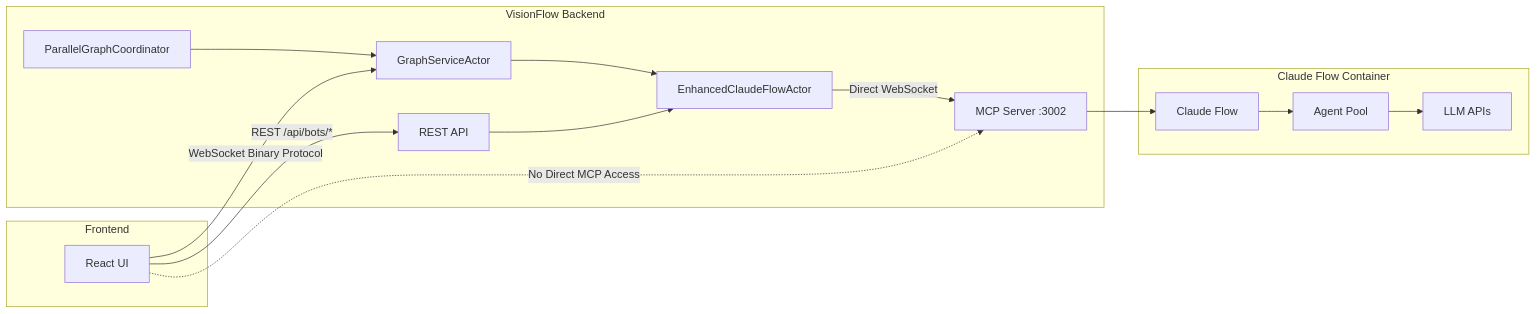
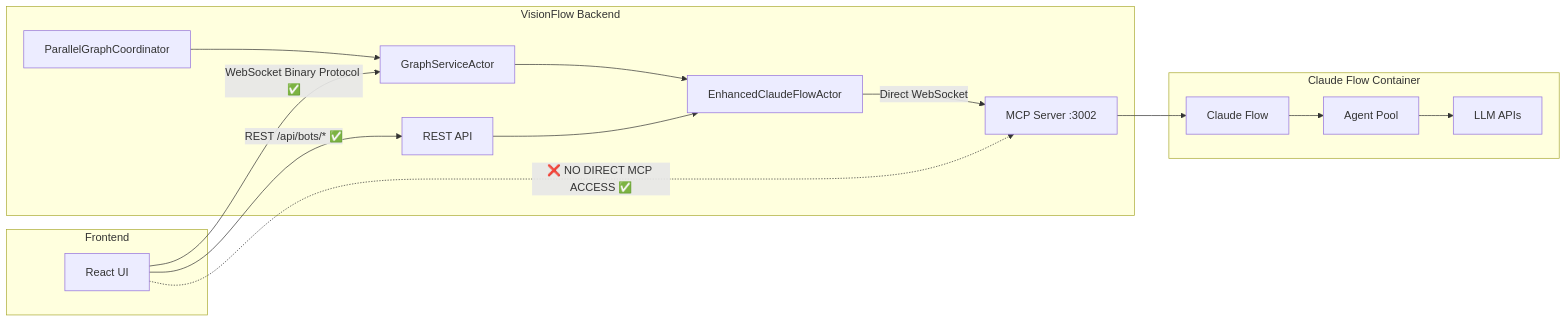
One commit to DreamLab-AI/VisionFlow changed the first of 3 diagrams in docs/architecture/mcp-integration.md. Above: the diagram before and after it, drawn with Mermaid. The commit also changed other lines of this file and 45 other files, not shown here.

Commit message:
lots of claude flow needs finding and removing

````diff
--- a/docs/architecture/mcp-integration.md
+++ b/docs/architecture/mcp-integration.md
@@ -15,21 +15,21 @@
 ```mermaid
 graph LR
     subgraph "VisionFlow Backend"
         ECFA[EnhancedClaudeFlowActor] -->|Direct WebSocket| MCP
         GSA[GraphServiceActor] --> ECFA
         API[REST API] --> ECFA
         PGC[ParallelGraphCoordinator] --> GSA
     end
     
     subgraph "Claude Flow Container"
         MCP[MCP Server :3002] --> CF[Claude Flow]
         CF --> AGENTS[Agent Pool]
         AGENTS --> LLM[LLM APIs]
     end
     
     subgraph "Frontend"
-        UI[React UI] -->|REST /api/bots/*| API
-        UI -->|WebSocket Binary Protocol| GSA
-        UI -.->|No Direct MCP Access| MCP
+        UI[React UI] -->|REST /api/bots/* ✅| API
+        UI -->|WebSocket Binary Protocol ✅| GSA
+        UI -.->|❌ NO DIRECT MCP ACCESS ✅| MCP
     end
 ```
````
